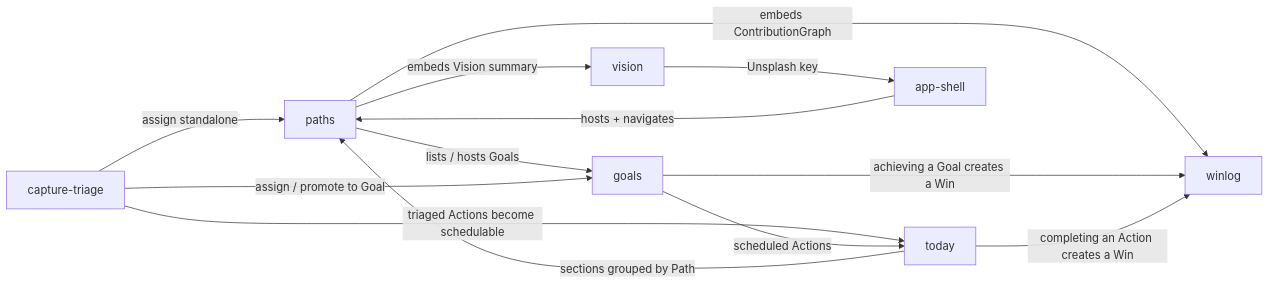
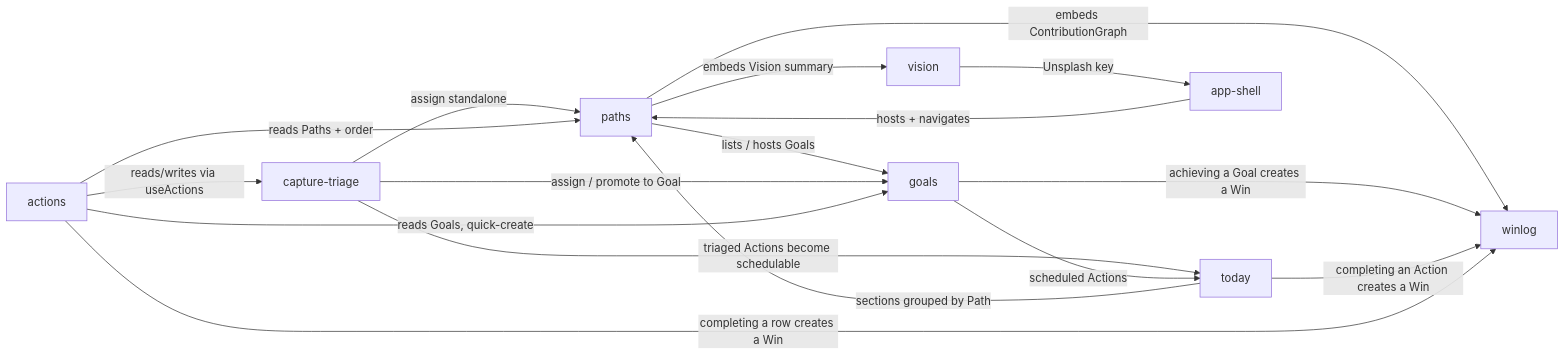
One commit to marekbrze/bricks changed the diagram in docs/MODULES.md. Above: the diagram before and after it, drawn with Mermaid. The commit also changed other lines of this file and 6 other files, not shown here.

First line of the commit message:
proto-detail(actions): module spec — flat grouped list, quick-add, 5th nav

````diff
--- a/docs/MODULES.md
+++ b/docs/MODULES.md
@@ -83,15 +93,19 @@
 ```mermaid
 graph LR
     PATHS[paths] -->|embeds Vision summary| VISION[vision]
     PATHS -->|lists / hosts Goals| GOALS[goals]
     PATHS -->|embeds ContributionGraph| WINLOG[winlog]
     CAPTURE[capture-triage] -->|assign / promote to Goal| GOALS
     CAPTURE -->|assign standalone| PATHS
     CAPTURE -->|triaged Actions become schedulable| TODAY[today]
     GOALS -->|scheduled Actions| TODAY
     GOALS -->|achieving a Goal creates a Win| WINLOG
     TODAY -->|completing an Action creates a Win| WINLOG
     TODAY -->|sections grouped by Path| PATHS
+    ACTIONS[actions] -->|reads/writes via useActions| CAPTURE
+    ACTIONS -->|reads Goals, quick-create| GOALS
+    ACTIONS -->|reads Paths + order| PATHS
+    ACTIONS -->|completing a row creates a Win| WINLOG
     VISION -->|Unsplash key| SHELL[app-shell]
     SHELL -->|hosts + navigates| PATHS
 ```
````
